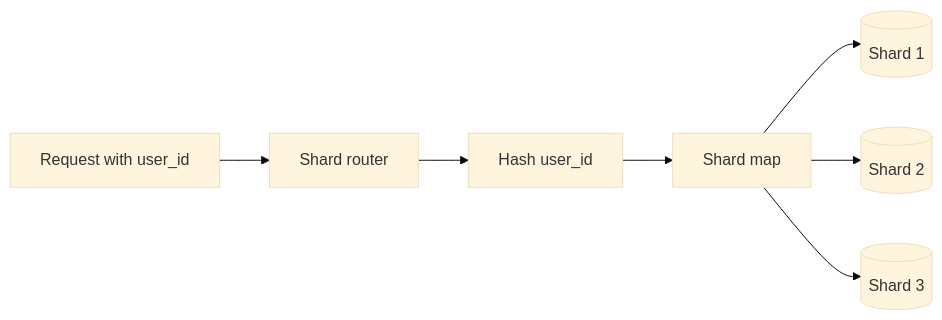
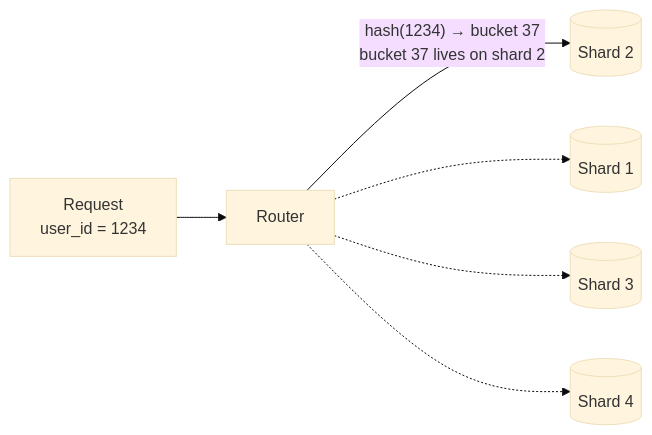
One commit to alanqi03/sys-design changed the diagram in database/sharding.md. Above: the diagram before and after it, drawn with Mermaid (base theme). The commit also changed other lines of this file and 6 other files, not shown here.

````diff
--- a/database/sharding.md
+++ b/database/sharding.md
@@ -17,9 +21,8 @@
 ```{mermaid}
 flowchart LR
-  request[Request with user_id] --> router[Shard router]
-  router --> hash[Hash user_id]
-  hash --> map[Shard map]
-  map --> s1[(Shard 1)]
-  map --> s2[(Shard 2)]
-  map --> s3[(Shard 3)]
+  request["Request<br/>user_id = 1234"] --> router[Router]
+  router -->|"hash(1234) → bucket 37<br/>bucket 37 lives on shard 2"| s2[(Shard 2)]
+  router -.-> s1[(Shard 1)]
+  router -.-> s3[(Shard 3)]
+  router -.-> s4[(Shard 4)]
 ```
````
